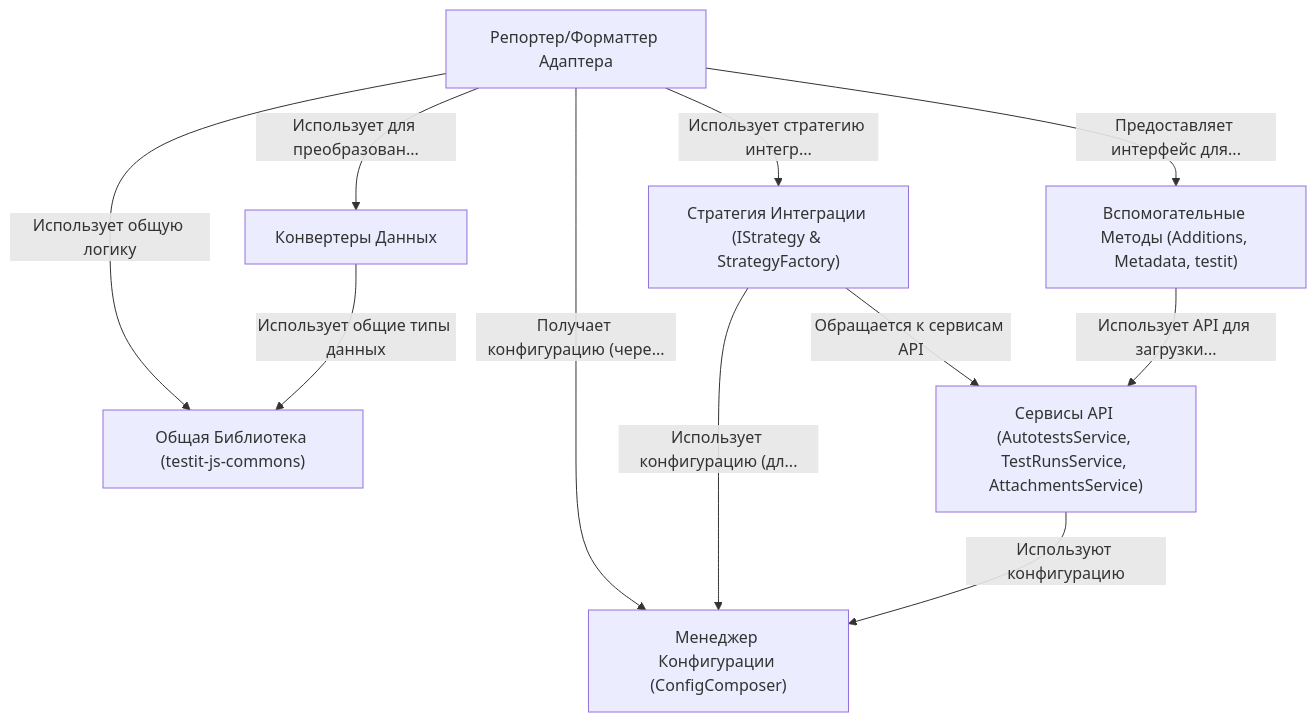
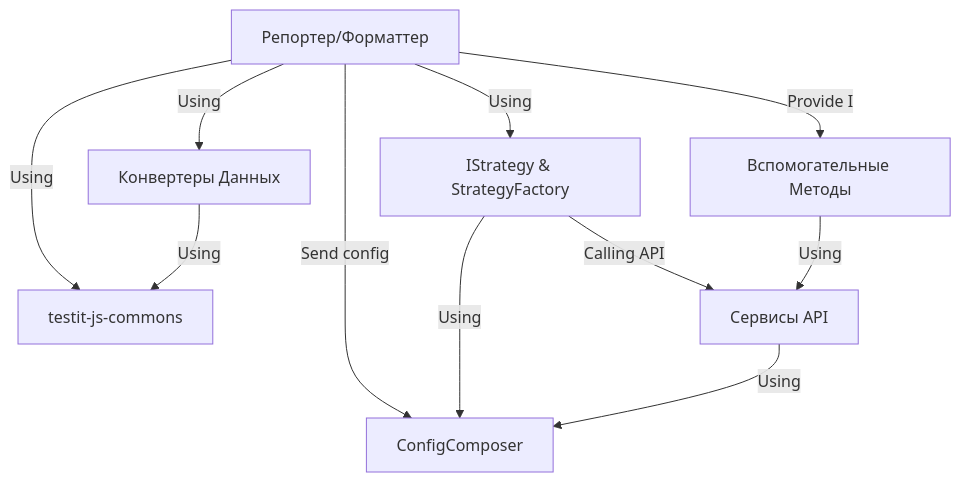
The diagram in docs/index.md (testit-tms/adapters-js), drawn with Mermaid before and after one commit.

````diff
--- a/docs/index.md
+++ b/docs/index.md
@@ -15,27 +15,27 @@
 ```mermaid
 flowchart TD
-    A0["Общая Библиотека (testit-js-commons)
+    A0["testit-js-commons
 "]
-    A1["Менеджер Конфигурации (ConfigComposer)
+    A1["ConfigComposer
 "]
-    A2["Стратегия Интеграции (IStrategy & StrategyFactory)
+    A2["IStrategy & StrategyFactory
 "]
-    A3["Сервисы API (AutotestsService, TestRunsService, AttachmentsService)
+    A3["Сервисы API
 "]
-    A4["Репортер/Форматтер Адаптера
+    A4["Репортер/Форматтер
 "]
-    A5["Вспомогательные Методы (Additions, Metadata, testit)
+    A5["Вспомогательные Методы
 "]
     A6["Конвертеры Данных
 "]
-    A4 -- "Использует общую логику" --> A0
-    A4 -- "Получает конфигурацию (чере..." --> A1
-    A2 -- "Использует конфигурацию (дл..." --> A1
-    A4 -- "Использует стратегию интегр..." --> A2
-    A2 -- "Обращается к сервисам API" --> A3
-    A4 -- "Предоставляет интерфейс для..." --> A5
-    A5 -- "Использует API для загрузки..." --> A3
-    A4 -- "Использует для преобразован..." --> A6
-    A6 -- "Использует общие типы данных" --> A0
-    A3 -- "Используют конфигурацию" --> A1
+    A4 -- "Using" --> A0
+    A4 -- "Send config" --> A1
+    A2 -- "Using" --> A1
+    A4 -- "Using" --> A2
+    A2 -- "Calling API" --> A3
+    A4 -- "Provide I" --> A5
+    A5 -- "Using" --> A3
+    A4 -- "Using" --> A6
+    A6 -- "Using" --> A0
+    A3 -- "Using" --> A1
 ```
````
